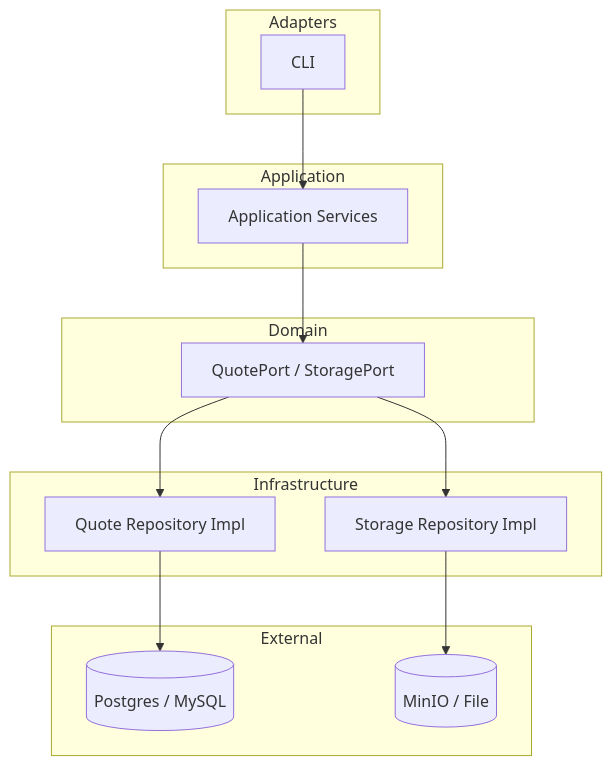
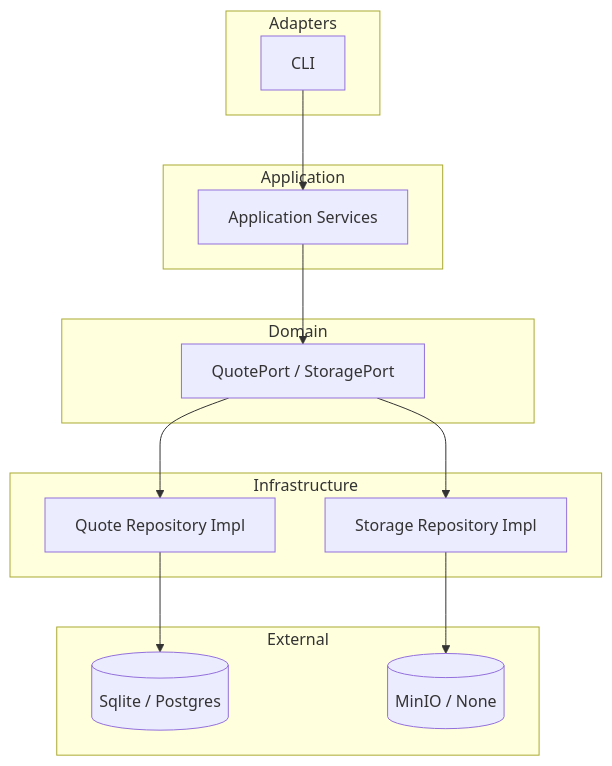
One commit to azvs-top/quote changed the diagram in README.md. Above: the diagram before and after it, drawn with Mermaid. The commit also changed other lines of this file and 9 other files, not shown here.

````diff
--- a/README.md
+++ b/README.md
@@ -24,32 +186,32 @@
 ```mermaid
 flowchart TB
 
 subgraph Adapters
 CLI[CLI]
 end
 
 subgraph Application
 APP[Application Services]
 end
 
 subgraph Domain
 PORTS[QuotePort / StoragePort]
 end
 
 subgraph Infrastructure
 QINFRA[Quote Repository Impl]
 SINFRA[Storage Repository Impl]
 end
 
 subgraph External
-DB[(Postgres / MySQL)]
-OBJ[(MinIO / File)]
+DB[(Sqlite / Postgres)]
+OBJ[(MinIO / None)]
 end
 
 CLI --> APP
 APP --> PORTS
 PORTS --> QINFRA
 PORTS --> SINFRA
 QINFRA --> DB
 SINFRA --> OBJ
 ```
````
